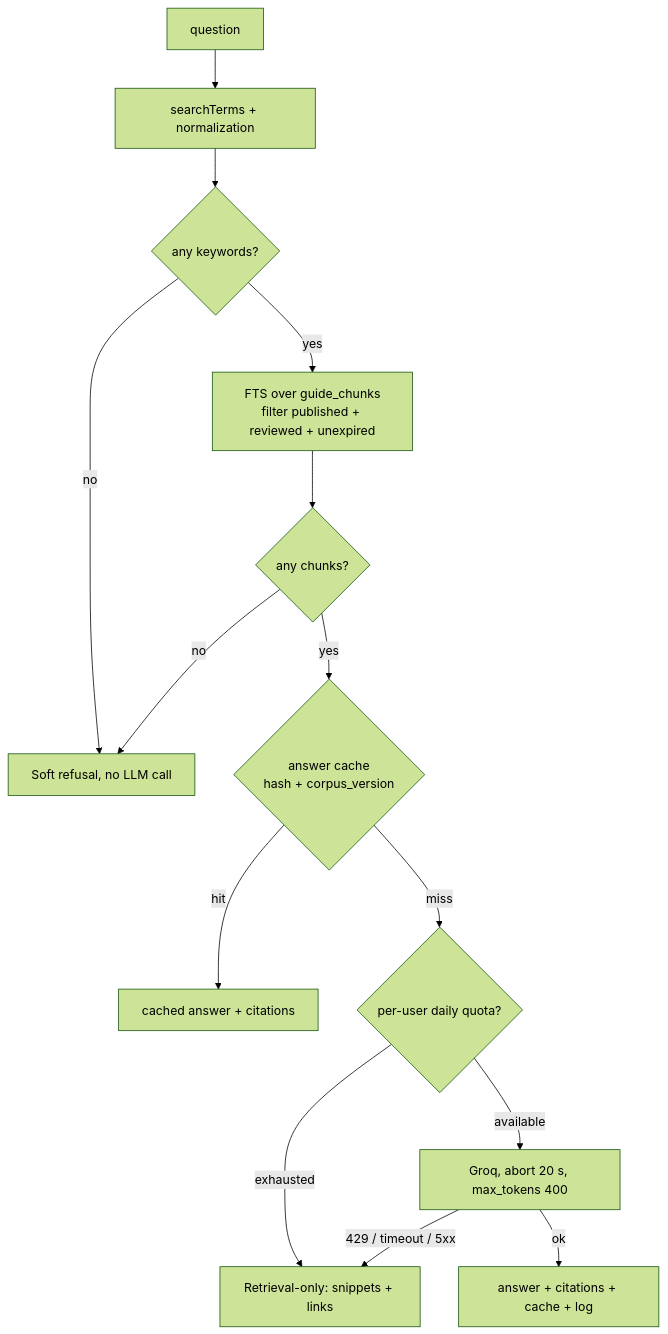
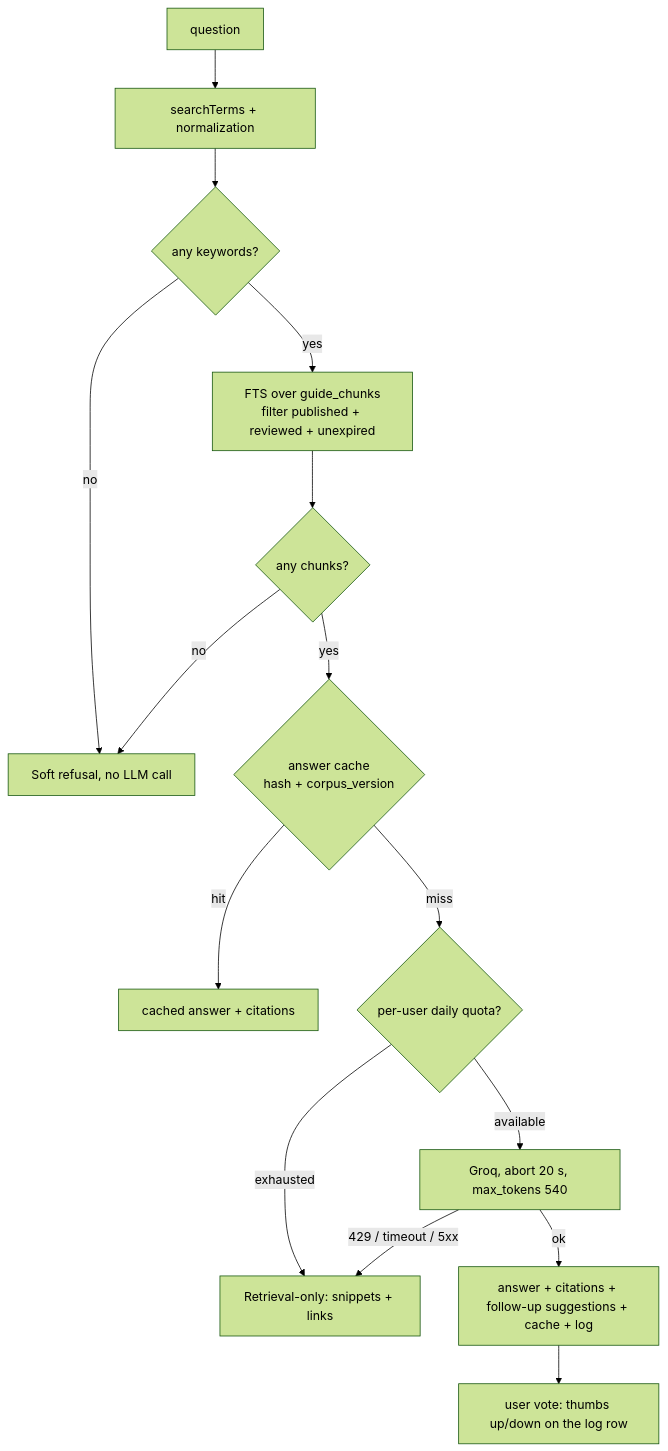
One commit to ppit-nanjing/PPIT_nanjing changed the second of 2 diagrams in docs/Guidebook Maba.md. Above: the diagram before and after it, drawn with Mermaid (forest theme). The commit also changed other lines of this file and 10 other files, not shown here.

````diff
--- a/docs/Guidebook Maba.md
+++ b/docs/Guidebook Maba.md
@@ -172,16 +177,17 @@
 ```mermaid
 graph TD
   A[question] --> B[searchTerms + normalization]
   B --> C{any keywords?}
   C -->|no| R1[Soft refusal, no LLM call]
   C -->|yes| D[FTS over guide_chunks<br/>filter published + reviewed + unexpired]
   D --> E{any chunks?}
   E -->|no| R1
   E -->|yes| F{answer cache<br/>hash + corpus_version}
   F -->|hit| G[cached answer + citations]
   F -->|miss| H{per-user daily quota?}
   H -->|exhausted| I[Retrieval-only: snippets + links]
-  H -->|available| J[Groq, abort 20 s, max_tokens 400]
+  H -->|available| J[Groq, abort 20 s, max_tokens 540]
   J -->|429 / timeout / 5xx| I
-  J -->|ok| K[answer + citations + cache + log]
+  J -->|ok| K[answer + citations + follow-up suggestions + cache + log]
+  K --> L[user vote: thumbs up/down on the log row]
 ```
````
